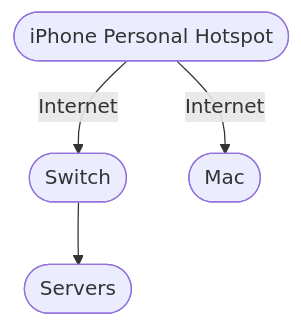
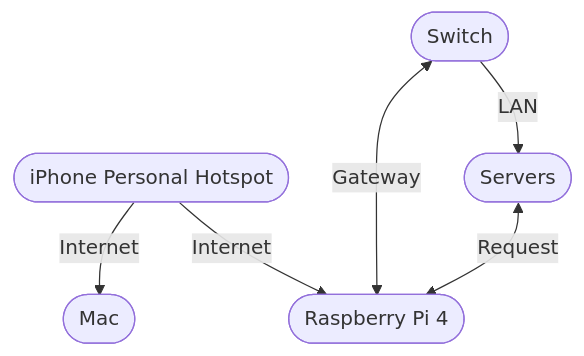
Before and after one commit to KumarP-India/my-home-server: the first of 4 diagrams in README.md, drawn with Mermaid. The commit also changed other lines of this file, not shown here.

````diff
--- a/README.md
+++ b/README.md
@@ -35,11 +40,15 @@
 ```mermaid
 graph TD
     iPhone([iPhone Personal Hotspot])
+    Rpi([Raspberry Pi 4])
     Switch([Switch])
     Mac([Mac])
     Servers([Servers])
 
-    iPhone --Internet--> Switch
+    iPhone --Internet--> Rpi
     iPhone --Internet--> Mac
-    Switch --> Servers
+    Switch --LAN--> Servers
+    Switch <--Gateway--> Rpi
+    Servers <--Request--> Rpi
+
 ```
````
